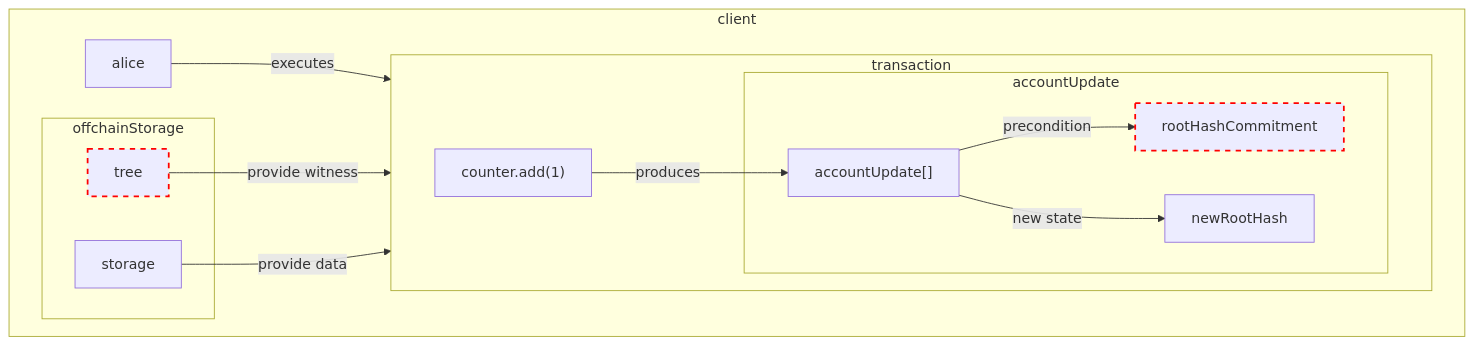
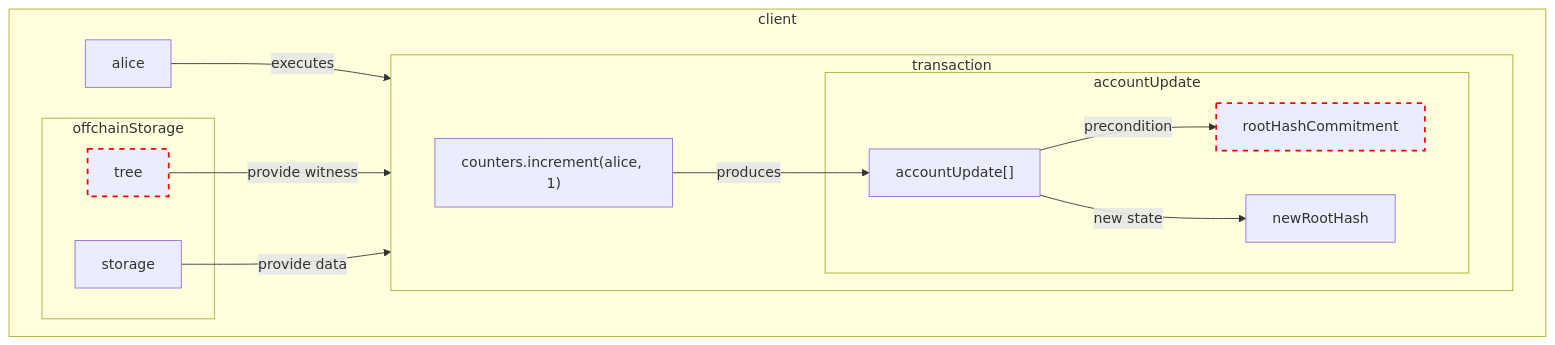
Before and after one commit to proto-kit/private-airdrop-workshop: the third of 4 diagrams in slidev/slides.md, drawn with Mermaid. The commit also changed other lines of this file and 5 other files, not shown here.

````diff
--- a/slidev/slides.md
+++ b/slidev/slides.md
@@ -382,34 +443,34 @@
 ```mermaid
 flowchart LR
     subgraph client
         direction LR
 
         subgraph transaction
             direction LR
             smartContract["smart contract"]
 
             subgraph accountUpdate
                 accountUpdates["accountUpdate[]"]
                 rootHashCommitment
                 newRootHash
 
                 accountUpdates -- precondition --> rootHashCommitment
                 accountUpdates -- new state --> newRootHash
             end
         end
 
         subgraph offchainStorage
             tree
             storage
         end
 
-        alice -- executes --> smartContract["counter.add(1)"]
+        alice -- executes --> smartContract["counters.increment(alice, 1)"]
         smartContract -- produces --> accountUpdates
     end
 
     tree -- provide witness --> smartContract
     storage -- provide data --> smartContract
 
     style rootHashCommitment stroke:red,stroke-width: 2px, stroke-dasharray: 6 6;
     style tree stroke:red,stroke-width: 2px, stroke-dasharray: 6 6;
 ```
````
